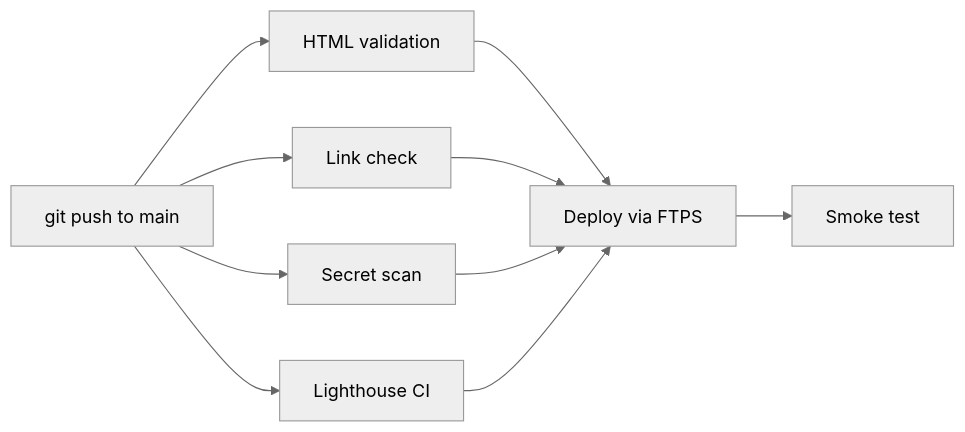
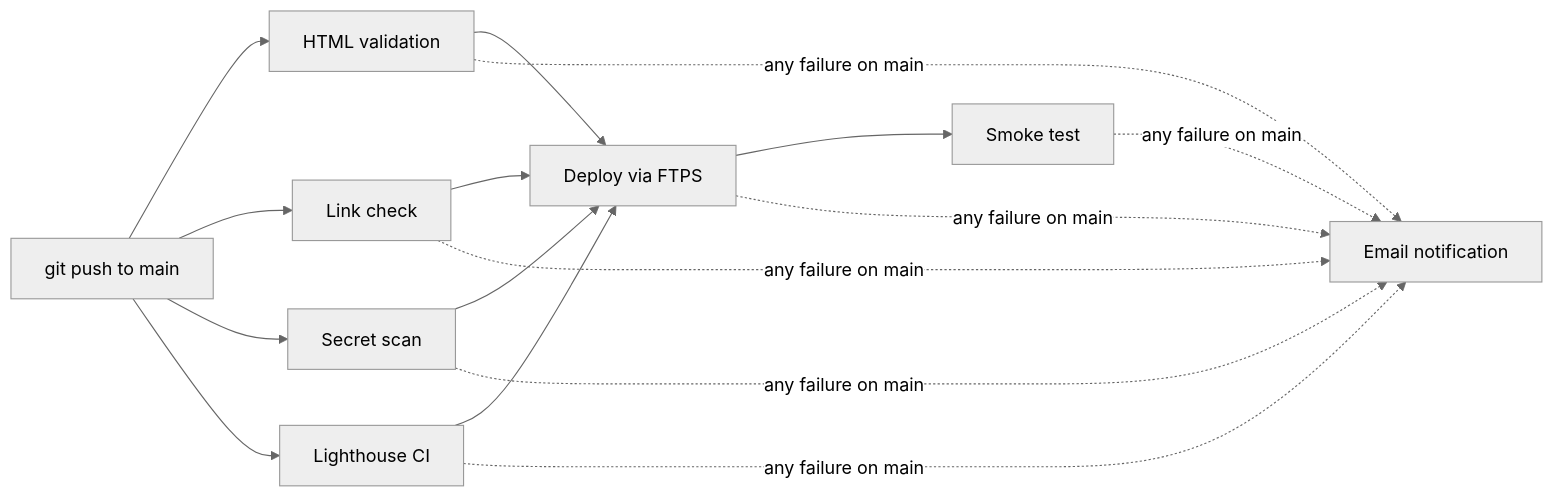
The diagram in README.md (gomslhi/projectgomsil-resume), drawn with Mermaid (neutral theme) before and after one commit. The commit also changed other lines of this file and 1 other file, not shown here.

````diff
--- a/README.md
+++ b/README.md
@@ -11,9 +11,10 @@
 ```mermaid
 flowchart LR
   A[git push to main] --> B[HTML validation]
   A --> C[Link check]
   A --> D[Secret scan]
   A --> E[Lighthouse CI]
   B & C & D & E --> F[Deploy via FTPS]
   F --> G[Smoke test]
+  B & C & D & E & F & G -. any failure on main .-> H[Email notification]
 ```
````
